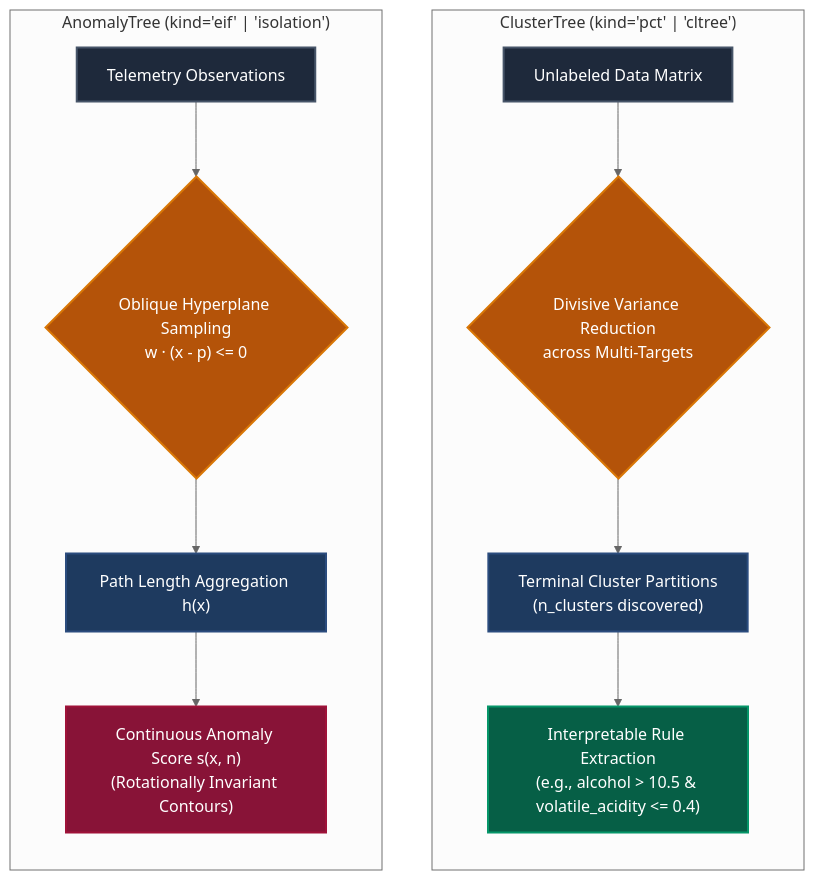
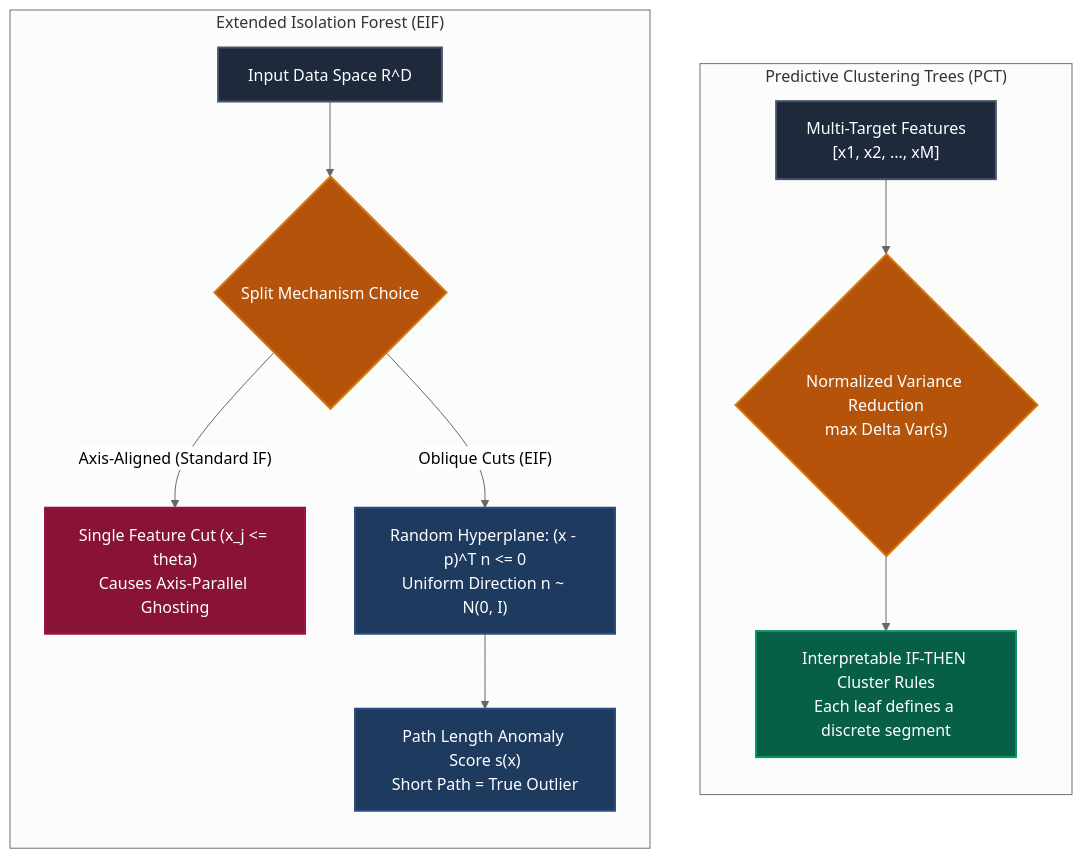
The diagram in docs/examples/unsupervised-trees.md (jkapila/mltreelib), drawn with Mermaid (neutral theme) before and after one commit. The commit also changed other lines of this file and 12 other files, not shown here.

````diff
--- a/docs/examples/unsupervised-trees.md
+++ b/docs/examples/unsupervised-trees.md
@@ -20,28 +15,28 @@
 ```mermaid
 flowchart TD
-    subgraph Clustering["ClusterTree (kind='pct' | 'cltree')"]
+    subgraph PCT["Predictive Clustering Trees (PCT)"]
         direction TB
-        C1["Unlabeled Data Matrix"] --> C2{"Divisive Variance Reduction\nacross Multi-Targets"}
-        C2 --> C3["Terminal Cluster Partitions\n(n_clusters discovered)"]
-        C3 --> C4["Interpretable Rule Extraction\n(e.g., alcohol > 10.5 & volatile_acidity <= 0.4)"]
+        MultiX["Multi-Target Features\n[x1, x2, ..., xM]"] --> NormVar{"Normalized Variance Reduction\nmax Delta Var(s)"}
+        NormVar --> ClusterRules["Interpretable IF-THEN Cluster Rules\nEach leaf defines a discrete segment"]
     end
 
-    subgraph Anomaly["AnomalyTree (kind='eif' | 'isolation')"]
+    subgraph EIF["Extended Isolation Forest (EIF)"]
         direction TB
-        A1["Telemetry Observations"] --> A2{"Oblique Hyperplane Sampling\nw · (x - p) <= 0"}
-        A2 --> A3["Path Length Aggregation h(x)"]
-        A3 --> A4["Continuous Anomaly Score s(x, n)\n(Rotationally Invariant Contours)"]
+        Points["Input Data Space R^D"] --> Cuts{"Split Mechanism Choice"}
+        Cuts -- "Axis-Aligned (Standard IF)" --> Ghost["Single Feature Cut (x_j <= theta)\nCauses Axis-Parallel Ghosting"]
+        Cuts -- "Oblique Cuts (EIF)" --> Oblique["Random Hyperplane: (x - p)^T n <= 0\nUniform Direction n ~ N(0, I)"]
+        Oblique --> Score["Path Length Anomaly Score s(x)\nShort Path = True Outlier"]
     end
 
     classDef dataBox fill:#1e293b,stroke:#475569,stroke-width:2px,color:#ffffff;
-    classDef splitBox fill:#b45309,stroke:#d97706,stroke-width:2px,color:#ffffff;
-    classDef nodeBox fill:#1e3a5f,stroke:#2b4c7e,stroke-width:2px,color:#ffffff;
+    classDef gateBox fill:#b45309,stroke:#d97706,stroke-width:2px,color:#ffffff;
     classDef ruleBox fill:#065f46,stroke:#059669,stroke-width:2px,color:#ffffff;
-    classDef anomBox fill:#881337,stroke:#9f1239,stroke-width:2px,color:#ffffff;
+    classDef failBox fill:#881337,stroke:#9f1239,stroke-width:2px,color:#ffffff;
+    classDef passBox fill:#1e3a5f,stroke:#2b4c7e,stroke-width:2px,color:#ffffff;
 
-    class C1,A1 dataBox;
-    class C2,A2 splitBox;
-    class C3,A3 nodeBox;
-    class C4 ruleBox;
-    class A4 anomBox;
+    class MultiX,Points dataBox;
+    class NormVar,Cuts gateBox;
+    class ClusterRules ruleBox;
+    class Ghost failBox;
+    class Oblique,Score passBox;
 ```
````
